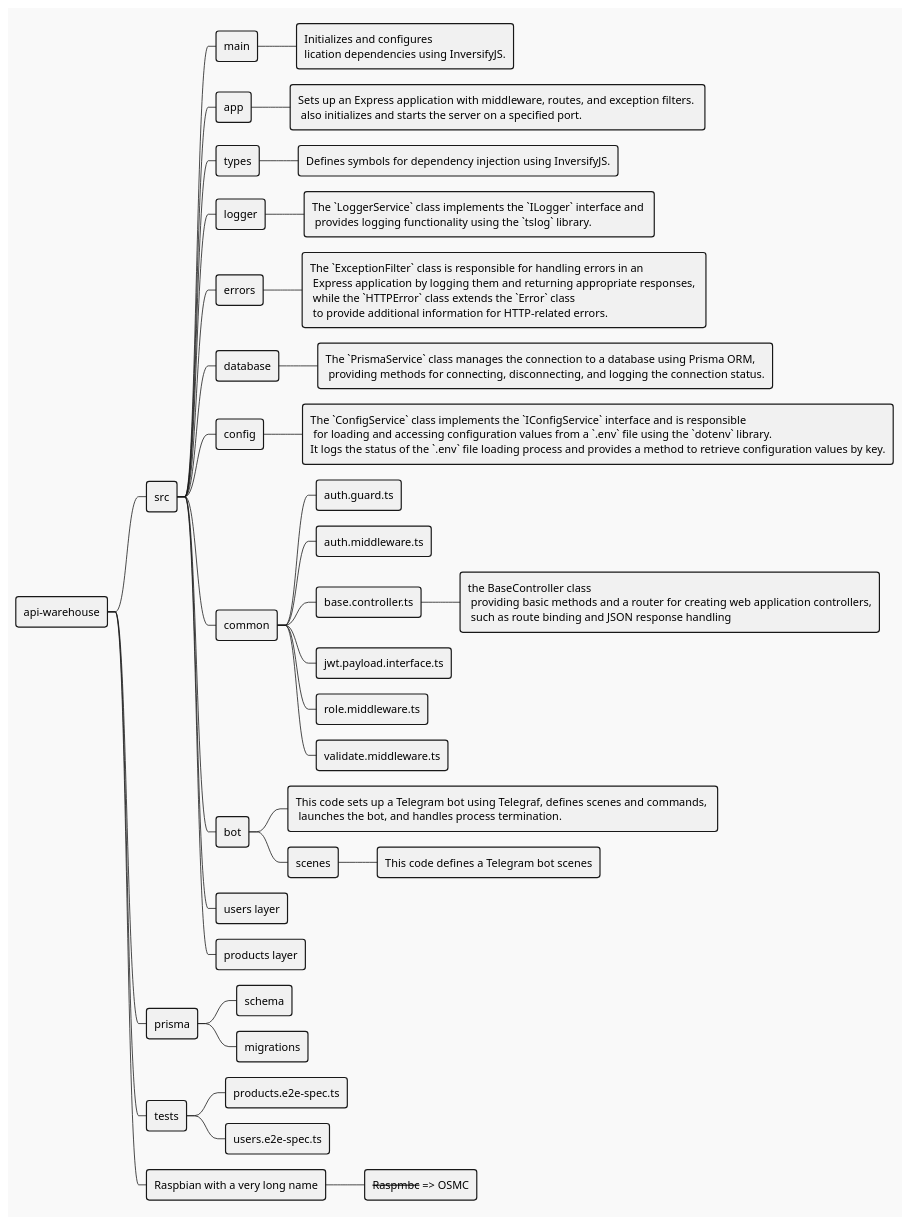
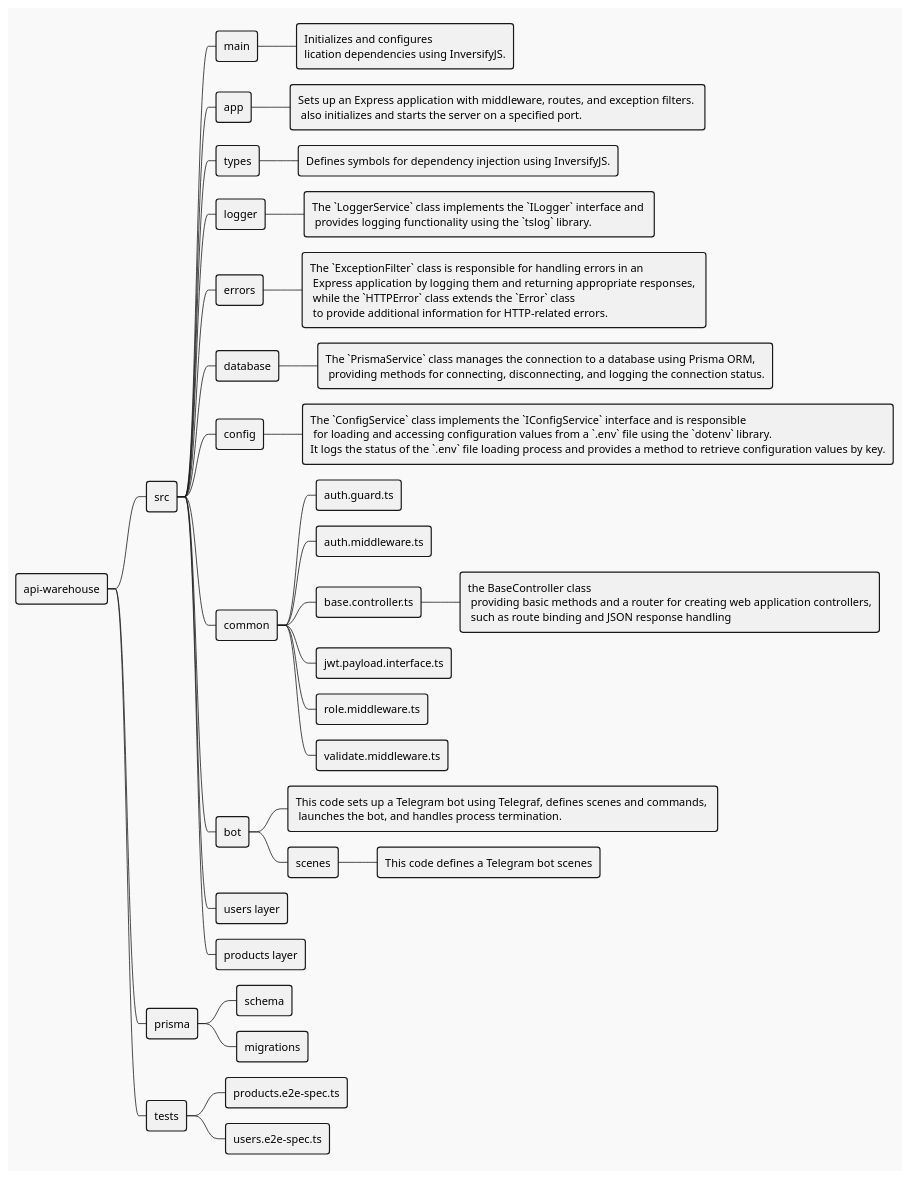
The diagram in api-warehouse/diagrams/apparchi.iuml (PortnovAlex80/node_js_pro), drawn with PlantUML before and after one commit.

```diff
--- a/api-warehouse/diagrams/apparchi.iuml
+++ b/api-warehouse/diagrams/apparchi.iuml
@@ -1,41 +1,39 @@
 @startmindmap
 !theme mars
 * api-warehouse
 ** src
 *** main
 **** Initializes and configures \nlication dependencies using InversifyJS.
 *** app
 **** Sets up an Express application with middleware, routes, and exception filters. \n also initializes and starts the server on a specified port.
 *** types
 **** Defines symbols for dependency injection using InversifyJS.
 *** logger
 **** The `LoggerService` class implements the `ILogger` interface and \n provides logging functionality using the `tslog` library.
 *** errors
 **** The `ExceptionFilter` class is responsible for handling errors in an \n Express application by logging them and returning appropriate responses, \n while the `HTTPError` class extends the `Error` class \n to provide additional information for HTTP-related errors.
 *** database
 **** The `PrismaService` class manages the connection to a database using Prisma ORM, \n providing methods for connecting, disconnecting, and logging the connection status.
 *** config
 **** The `ConfigService` class implements the `IConfigService` interface and is responsible \n for loading and accessing configuration values from a `.env` file using the `dotenv` library. \nIt logs the status of the `.env` file loading process and provides a method to retrieve configuration values by key.
 *** common
 **** auth.guard.ts
 **** auth.middleware.ts
 **** base.controller.ts
 *****  the BaseController class \n providing basic methods and a router for creating web application controllers,\n such as route binding and JSON response handling
 **** jwt.payload.interface.ts
 **** role.middleware.ts
 **** validate.middleware.ts
 *** bot
 **** This code sets up a Telegram bot using Telegraf, defines scenes and commands, \n launches the bot, and handles process termination.
 **** scenes
 ***** This code defines a Telegram bot scenes
 *** users layer
 *** products layer
 ** prisma
 *** schema
 *** migrations
 ** tests
 *** products.e2e-spec.ts
 *** users.e2e-spec.ts
-** Raspbian with a very long name
-*** <s>Raspmbc</s> => OSMC
 @endmindmap
```
